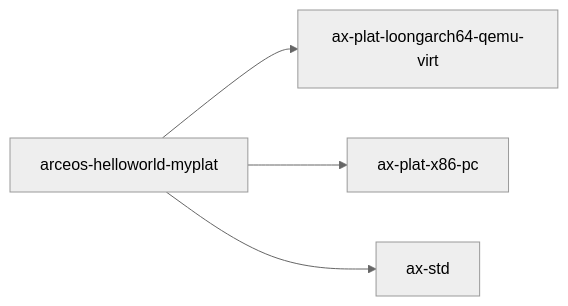
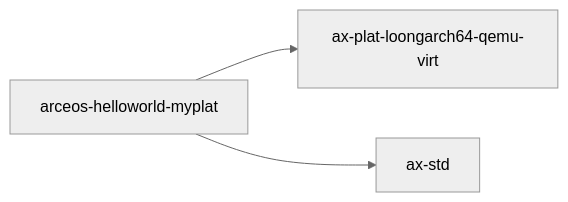
The diagram in docs/docs/components/crates/arceos-helloworld-myplat.md (rcore-os/tgoskits), drawn with Mermaid (neutral theme) before and after one commit. The commit also changed other lines of this file and 69 other files, not shown here.

````diff
--- a/docs/docs/components/crates/arceos-helloworld-myplat.md
+++ b/docs/docs/components/crates/arceos-helloworld-myplat.md
@@ -31,7 +31,6 @@
 ```mermaid
 graph LR
     current["arceos-helloworld-myplat"]
     current --> ax_plat_loongarch64_qemu_virt["ax-plat-loongarch64-qemu-virt"]
-    current --> ax_plat_x86_pc["ax-plat-x86-pc"]
     current --> ax-std["ax-std"]
 ```
````
